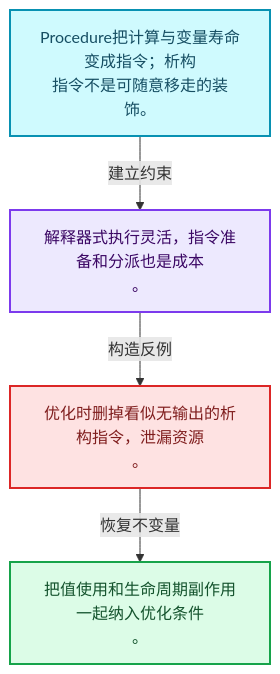
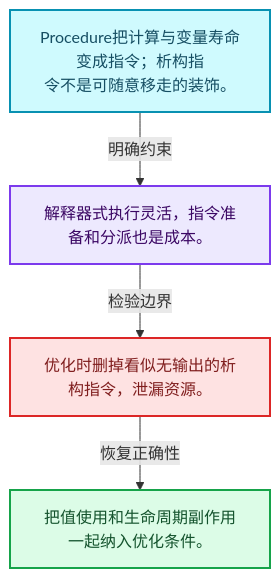
One commit to yunkezengren/blender-.vscode changed the first of 4 diagrams in 杂/markdown/全面学习-codex/07-MultiFunction与批量执行/07-Procedure指令与控制流.md. Above: the diagram before and after it, drawn with Mermaid. The commit also changed other lines of this file and 1930 other files, not shown here.

````diff
--- a/杂/markdown/全面学习-codex/07-MultiFunction与批量执行/07-Procedure指令与控制流.md
+++ b/杂/markdown/全面学习-codex/07-MultiFunction与批量执行/07-Procedure指令与控制流.md
@@ -29,16 +29,16 @@
 ```mermaid
 flowchart TB
-  M["Procedure把计算与变量寿命变成指令；析构<br/>指令不是可随意移走的装饰。"]:::data
-  T["解释器式执行灵活，指令准备和分派也是成本<br/>。"]:::abstraction
-  X["优化时删掉看似无输出的析构指令，泄漏资源<br/>。"]:::error
-  A["把值使用和生命周期副作用一起纳入优化条件<br/>。"]:::result
-  M -->|"建立约束"| T
-  T -->|"构造反例"| X
-  X -->|"恢复不变量"| A
+  M["Procedure把计算与变量寿命变成指令；析构指<br/>令不是可随意移走的装饰。"]:::data
+  C["解释器式执行灵活，指令准备和分派也是成本。"]:::abstraction
+  B["优化时删掉看似无输出的析构指令，泄漏资源。"]:::error
+  R["把值使用和生命周期副作用一起纳入优化条件。"]:::result
+  M -->|"明确约束"| C
+  C -->|"检验边界"| B
+  B -->|"恢复正确性"| R
   classDef input fill:#DBEAFE,stroke:#2563EB,color:#172554,stroke-width:2px;
   classDef data fill:#CFFAFE,stroke:#0891B2,color:#164E63,stroke-width:2px;
   classDef abstraction fill:#EDE9FE,stroke:#7C3AED,color:#3B0764,stroke-width:2px;
   classDef compute fill:#FEF3C7,stroke:#D97706,color:#78350F,stroke-width:2px;
   classDef result fill:#DCFCE7,stroke:#16A34A,color:#14532D,stroke-width:2px;
   classDef error fill:#FEE2E2,stroke:#DC2626,color:#7F1D1D,stroke-width:2px;
 ```
````
